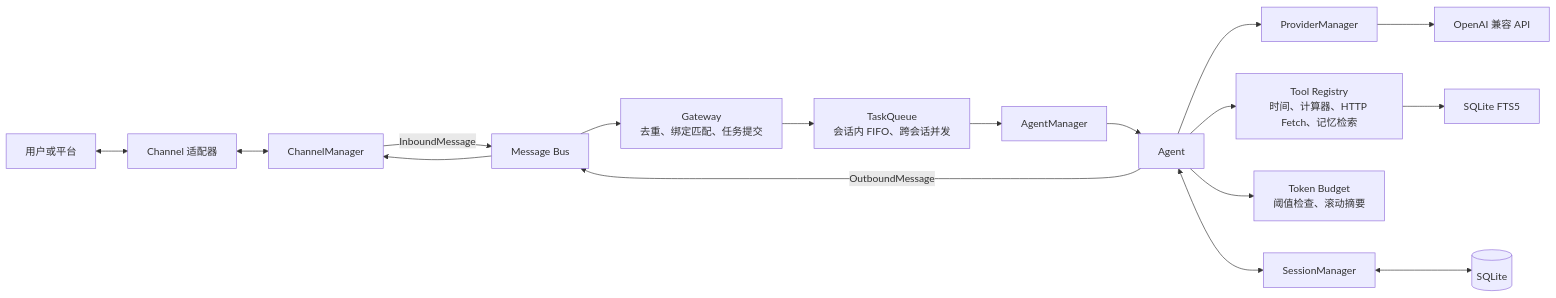
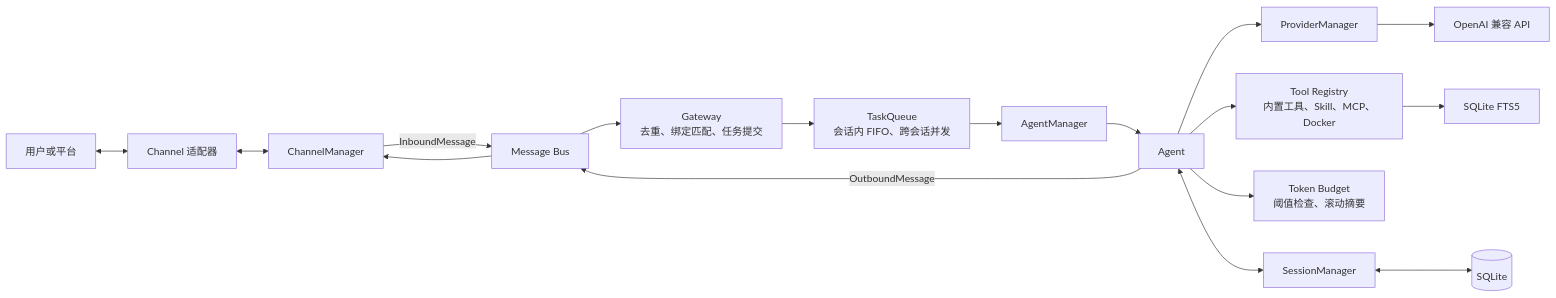
Before and after one commit to lucky798213/luckyclaw: the diagram in README.md, drawn with Mermaid. The commit also changed other lines of this file and 2 other files, not shown here.

````diff
--- a/README.md
+++ b/README.md
@@ -22,19 +25,19 @@
 ```mermaid
 flowchart LR
     User["用户或平台"] <--> Channel["Channel 适配器"]
     Channel <--> ChannelManager["ChannelManager"]
     ChannelManager -->|InboundMessage| Bus["Message Bus"]
     Bus --> Gateway["Gateway<br/>去重、绑定匹配、任务提交"]
     Gateway --> Queue["TaskQueue<br/>会话内 FIFO、跨会话并发"]
     Queue --> AgentManager["AgentManager"]
     AgentManager --> Agent["Agent"]
     Agent --> ProviderManager["ProviderManager"]
     ProviderManager --> Provider["OpenAI 兼容 API"]
-    Agent --> ToolRegistry["Tool Registry<br/>时间、计算器、HTTP Fetch、记忆检索"]
+    Agent --> ToolRegistry["Tool Registry<br/>内置工具、Skill、MCP、Docker"]
     Agent --> Budget["Token Budget<br/>阈值检查、滚动摘要"]
     Agent <--> SessionManager["SessionManager"]
     SessionManager <--> SQLite[("SQLite")]
     ToolRegistry --> FTS["SQLite FTS5"]
     Agent -->|OutboundMessage| Bus
     Bus --> ChannelManager
 ```
````
